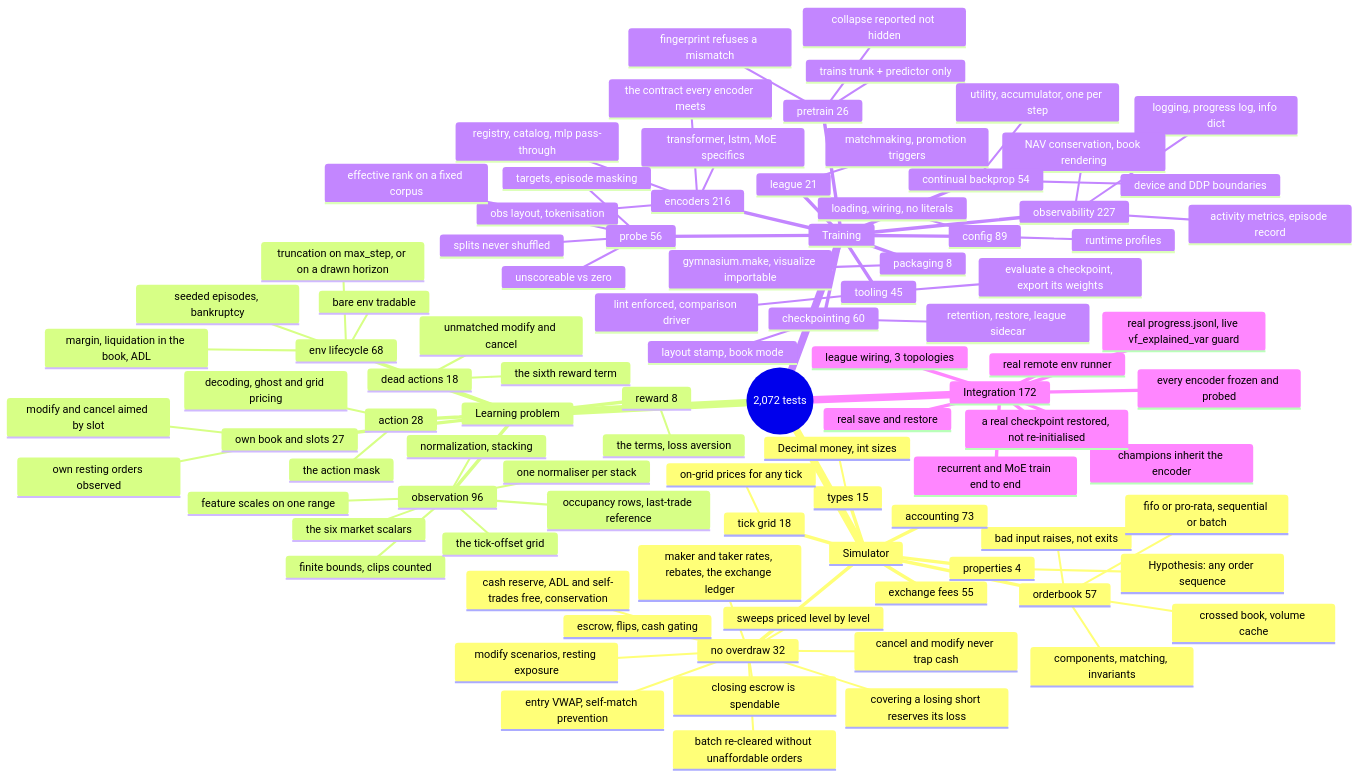
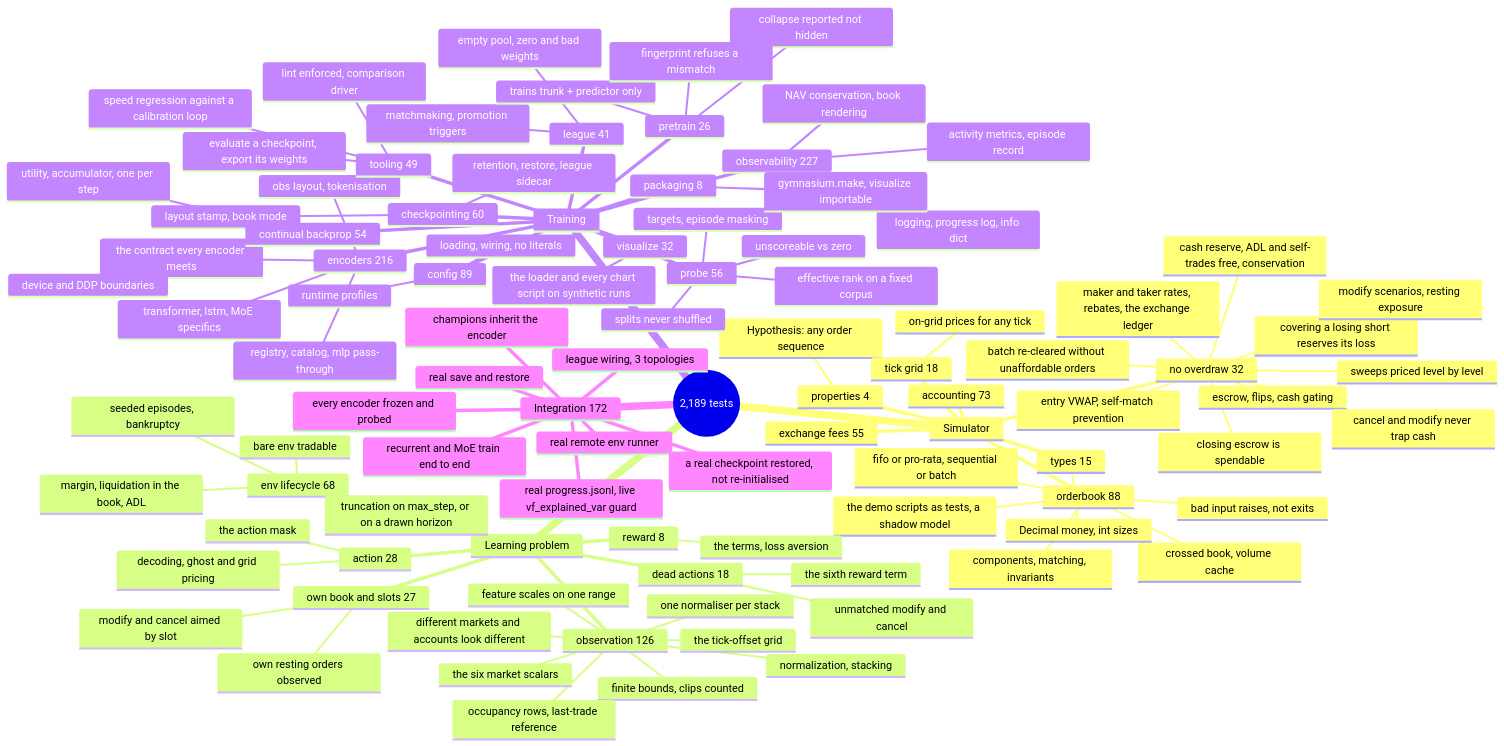
The diagram in doc/10_testing.md (ChuaCheowHuan/gym-continuousDoubleAuction), drawn with Mermaid before and after one commit. The commit also changed other lines of this file and 7 other files, not shown here.

````diff
--- a/doc/10_testing.md
+++ b/doc/10_testing.md
@@ -164,8 +169,9 @@
 ```mermaid
 mindmap
-  root((2,072 tests))
+  root((2,189 tests))
     Simulator
-      orderbook 57
+      orderbook 88
+        the demo scripts as tests, a shadow model
         components, matching, invariants
         crossed book, volume cache
         bad input raises, not exits
@@ -190,7 +196,8 @@
       tick grid 18
         on-grid prices for any tick
     Learning problem
-      observation 96
+      observation 126
+        different markets and accounts look different
         normalization, stacking
         one normaliser per stack
         the six market scalars
@@ -221,14 +228,16 @@
       checkpointing 60
         layout stamp, book mode
         retention, restore, league sidecar
-      league 21
+      league 41
         matchmaking, promotion triggers
+        empty pool, zero and bad weights
       encoders 216
         registry, catalog, mlp pass-through
         obs layout, tokenisation
         the contract every encoder meets
         transformer, lstm, MoE specifics
-      tooling 45
+      tooling 49
+        speed regression against a calibration loop
         lint enforced, comparison driver
         evaluate a checkpoint, export its weights
       observability 227
@@ -247,6 +256,8 @@
       continual backprop 54
         utility, accumulator, one per step
         device and DDP boundaries
+      visualize 32
+        the loader and every chart script on synthetic runs
       packaging 8
         gymnasium.make, visualize importable
     Integration 172
````
